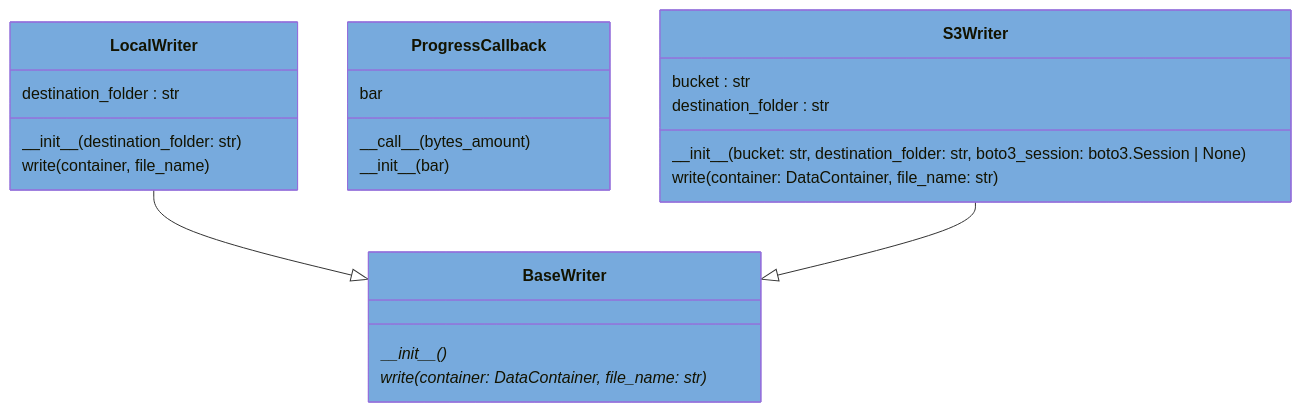
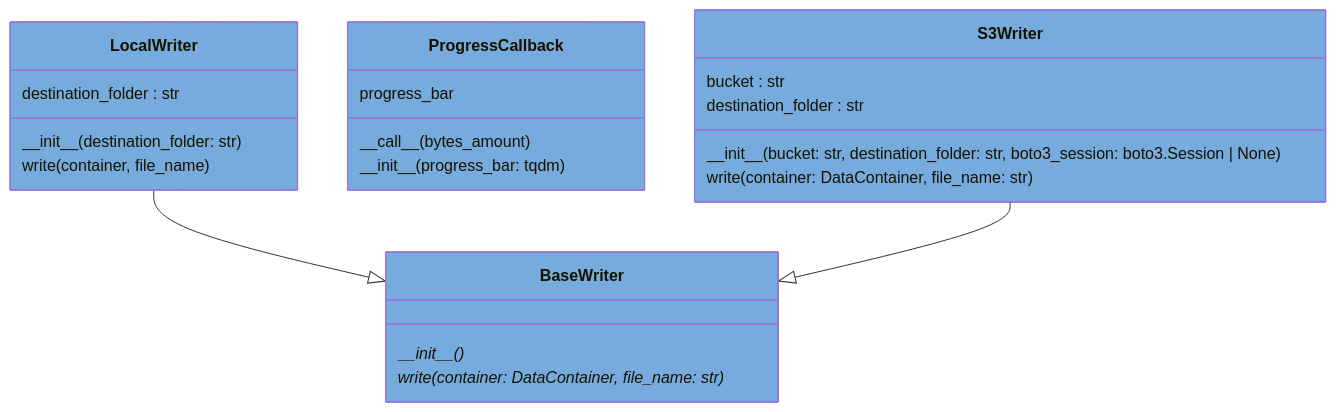
The diagram in docs/pyreverse/mermaid/classes_pythermondt.writers.mmd (voidsy-gmbh/pyThermoNDT), drawn with Mermaid before and after one commit. The commit also changed 18 other files, not shown here.

```diff
--- a/docs/pyreverse/mermaid/classes_pythermondt.writers.mmd
+++ b/docs/pyreverse/mermaid/classes_pythermondt.writers.mmd
@@ -1,27 +1,27 @@
 classDiagram
   class BaseWriter {
     \_\_init\_\_()*
     write(container: DataContainer, file_name: str)*
   }
   style BaseWriter fill:#77AADD
   class LocalWriter {
     destination_folder : str
     \_\_init\_\_(destination_folder: str)
     write(container, file_name)
   }
   style LocalWriter fill:#77AADD
   class ProgressCallback {
-    bar
+    progress_bar
     \_\_call\_\_(bytes_amount)
-    \_\_init\_\_(bar)
+    \_\_init\_\_(progress_bar: tqdm)
   }
   style ProgressCallback fill:#77AADD
   class S3Writer {
     bucket : str
     destination_folder : str
     \_\_init\_\_(bucket: str, destination_folder: str, boto3_session: boto3.Session | None)
     write(container: DataContainer, file_name: str)
   }
   style S3Writer fill:#77AADD
   LocalWriter --|> BaseWriter
   S3Writer --|> BaseWriter
```
